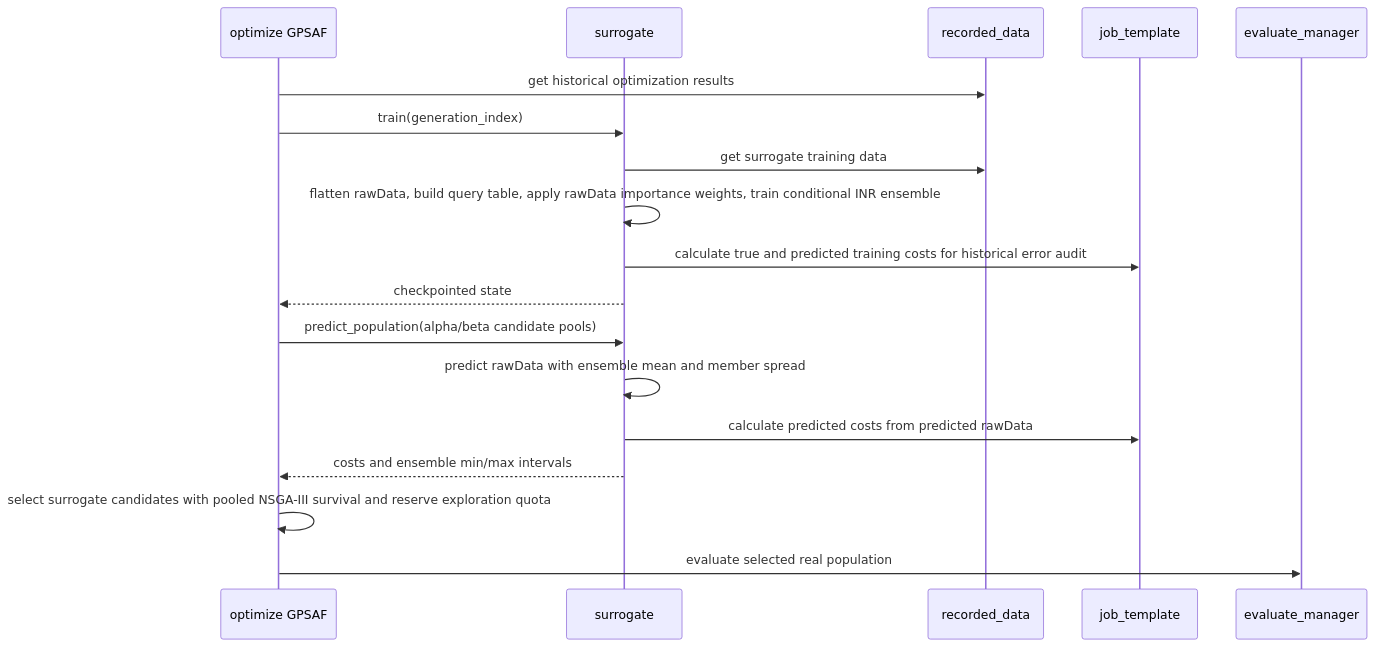
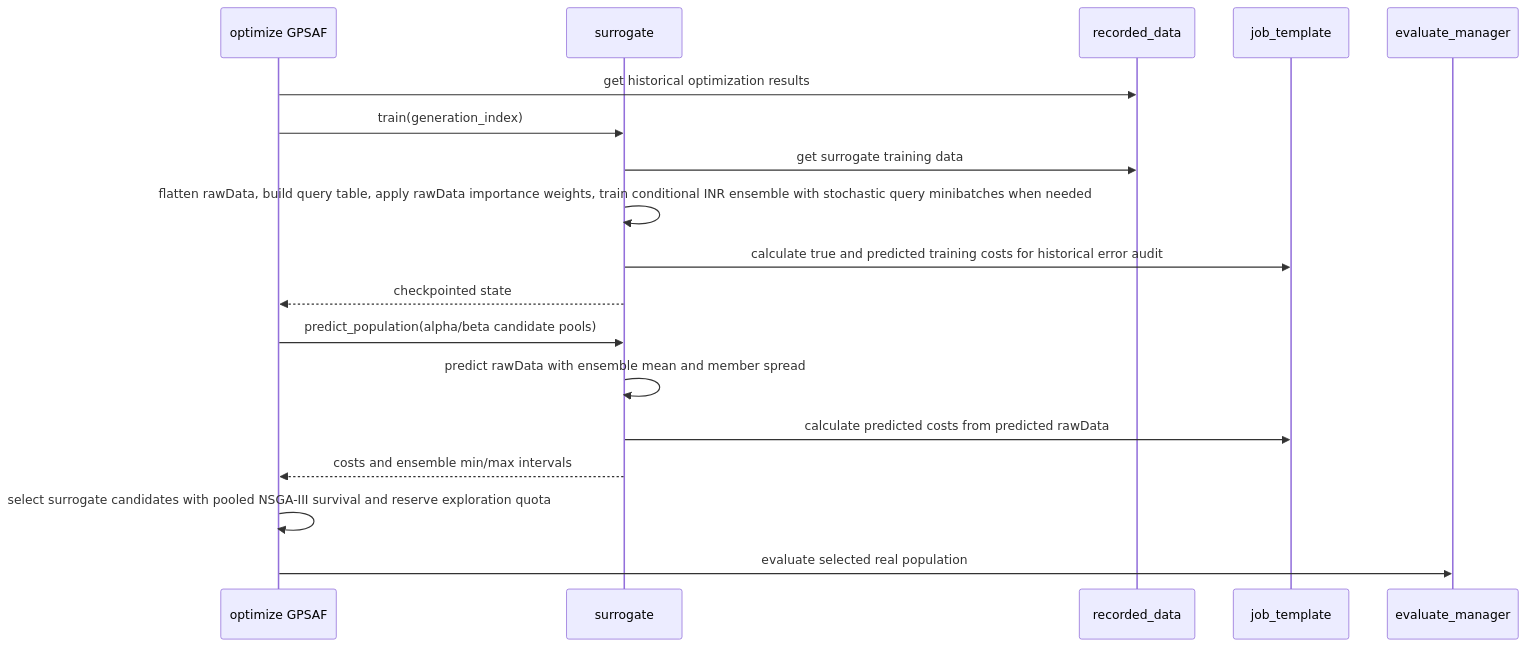
One commit to YS-Pan/yadof changed the second of 3 diagrams in dev_doc/architecture/4plus1_process_view.md. Above: the diagram before and after it, drawn with Mermaid. The commit also changed 12 other files, not shown here.

Commit message:
Speed up surrogate training for large rawData

````diff
--- a/dev_doc/architecture/4plus1_process_view.md
+++ b/dev_doc/architecture/4plus1_process_view.md
@@ -34,21 +34,21 @@
 ```mermaid
 sequenceDiagram
     participant O as optimize GPSAF
     participant S as surrogate
     participant R as recorded_data
     participant T as job_template
     participant E as evaluate_manager
 
     O->>R: get historical optimization results
     O->>S: train(generation_index)
     S->>R: get surrogate training data
-    S->>S: flatten rawData, build query table, apply rawData importance weights, train conditional INR ensemble
+    S->>S: flatten rawData, build query table, apply rawData importance weights, train conditional INR ensemble with stochastic query minibatches when needed
     S->>T: calculate true and predicted training costs for historical error audit
     S-->>O: checkpointed state
     O->>S: predict_population(alpha/beta candidate pools)
     S->>S: predict rawData with ensemble mean and member spread
     S->>T: calculate predicted costs from predicted rawData
     S-->>O: costs and ensemble min/max intervals
     O->>O: select surrogate candidates with pooled NSGA-III survival and reserve exploration quota
     O->>E: evaluate selected real population
 ```
````
